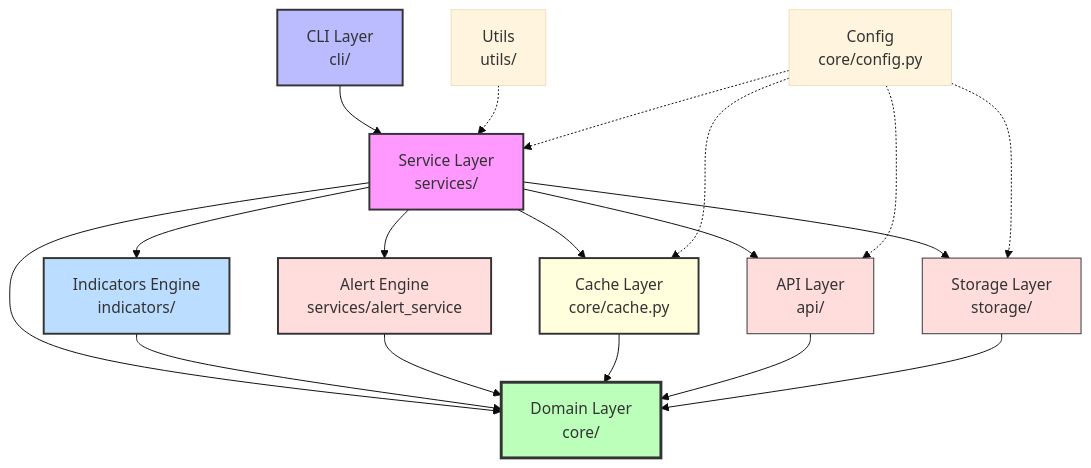
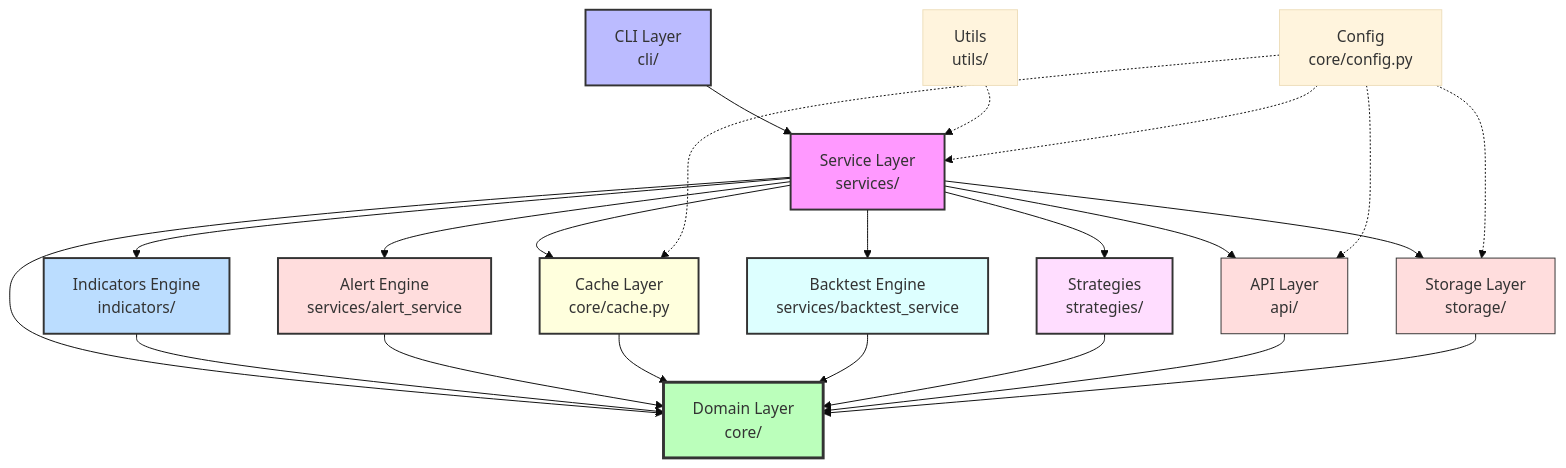
Before and after one commit to YaserEleraky/forex-tracker: the diagram in README.md, drawn with Mermaid (base theme). The commit also changed other lines of this file and 12 other files, not shown here.

````diff
--- a/README.md
+++ b/README.md
@@ -502,29 +561,35 @@
 ```mermaid
 graph TD
     A[CLI Layer<br/>cli/] --> B[Service Layer<br/>services/]
     B --> C[API Layer<br/>api/]
     B --> D[Storage Layer<br/>storage/]
     B --> H[Indicators Engine<br/>indicators/]
     B --> I[Alert Engine<br/>services/alert_service]
     B --> J[Cache Layer<br/>core/cache.py]
+    B --> K[Backtest Engine<br/>services/backtest_service]
+    B --> L[Strategies<br/>strategies/]
     B --> E[Domain Layer<br/>core/]
     H --> E
     I --> E
     J --> E
+    K --> E
+    L --> E
     C --> E
     D --> E
     F[Utils<br/>utils/] -.-> B
     G[Config<br/>core/config.py] -.-> C
     G -.-> D
     G -.-> J
     G -.-> B
 
     style A fill:#bbf,stroke:#333,stroke-width:2px
     style B fill:#f9f,stroke:#333,stroke-width:2px
     style E fill:#bfb,stroke:#333,stroke-width:3px
     style H fill:#bdf,stroke:#333,stroke-width:2px
     style I fill:#fdd,stroke:#333,stroke-width:2px
     style J fill:#ffd,stroke:#333,stroke-width:2px
+    style K fill:#dff,stroke:#333,stroke-width:2px
+    style L fill:#fdf,stroke:#333,stroke-width:2px
     style C fill:#fdd,stroke:#333
     style D fill:#fdd,stroke:#333
 ```
````
